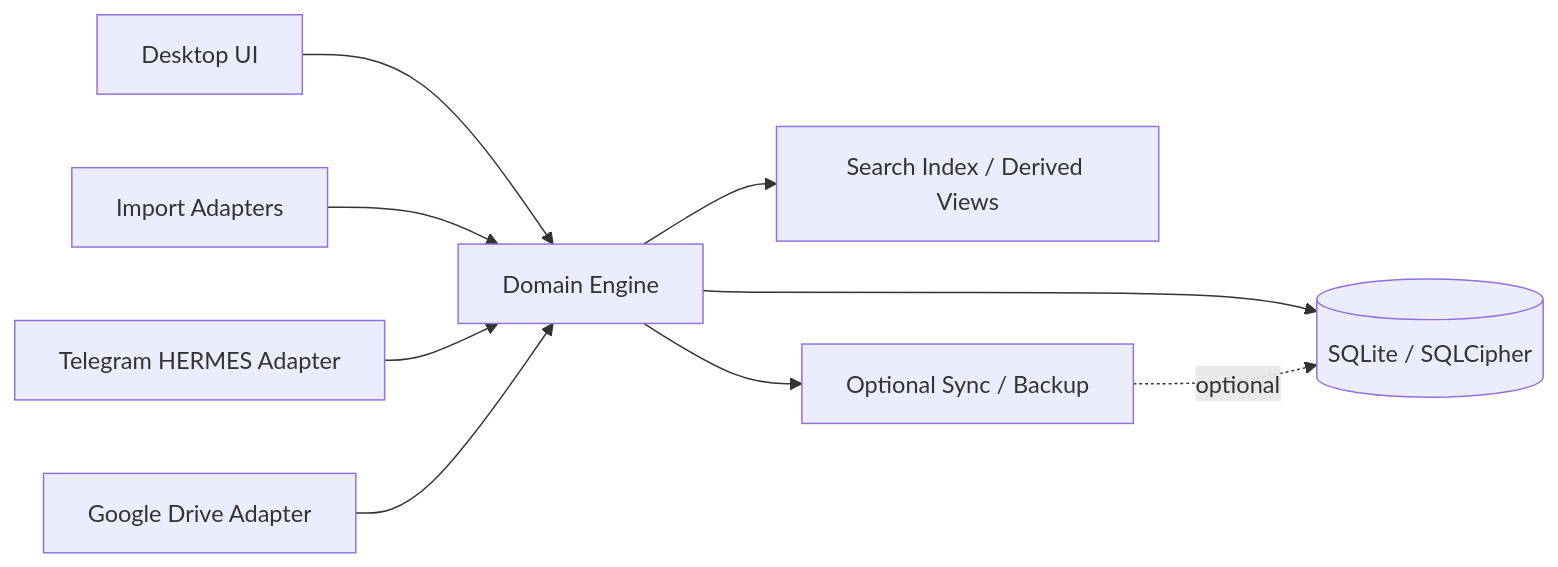
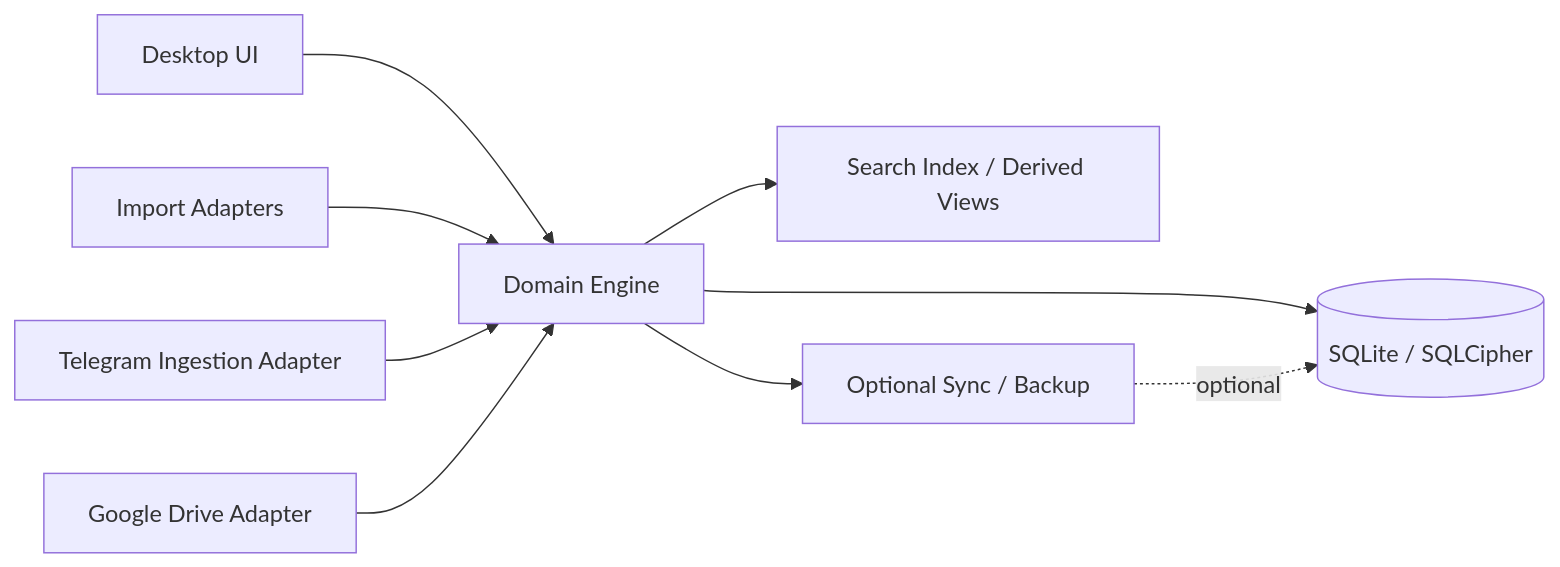
The first of 4 diagrams in docs/research/budgeting-app-offline-telegram-ingestion.md (seifelsherbinyy/nizamfinancialapp), drawn with Mermaid before and after one commit. The commit also changed other lines of this file and 5 other files, not shown here.

Commit message:
Strip Amazon/proprietary refs from builder-facing files; steering-authoritative reconciliation notes; add enhanced JSON-schema Kiro prompt

````diff
--- a/docs/research/budgeting-app-offline-telegram-ingestion.md
+++ b/docs/research/budgeting-app-offline-telegram-ingestion.md
@@ -39,20 +41,20 @@
 ```mermaid
 flowchart LR
     UI[Desktop UI]
     DE[Domain Engine]
     DB[(SQLite / SQLCipher)]
     IDX[Search Index / Derived Views]
     IMP[Import Adapters]
-    TG[Telegram HERMES Adapter]
+    TG[Telegram Ingestion Adapter]
     GD[Google Drive Adapter]
     SYNC[Optional Sync / Backup]
 
     UI --> DE
     DE --> DB
     DE --> IDX
     IMP --> DE
     TG --> DE
     GD --> DE
     DE --> SYNC
     SYNC -. optional .-> DB
 ```
````
